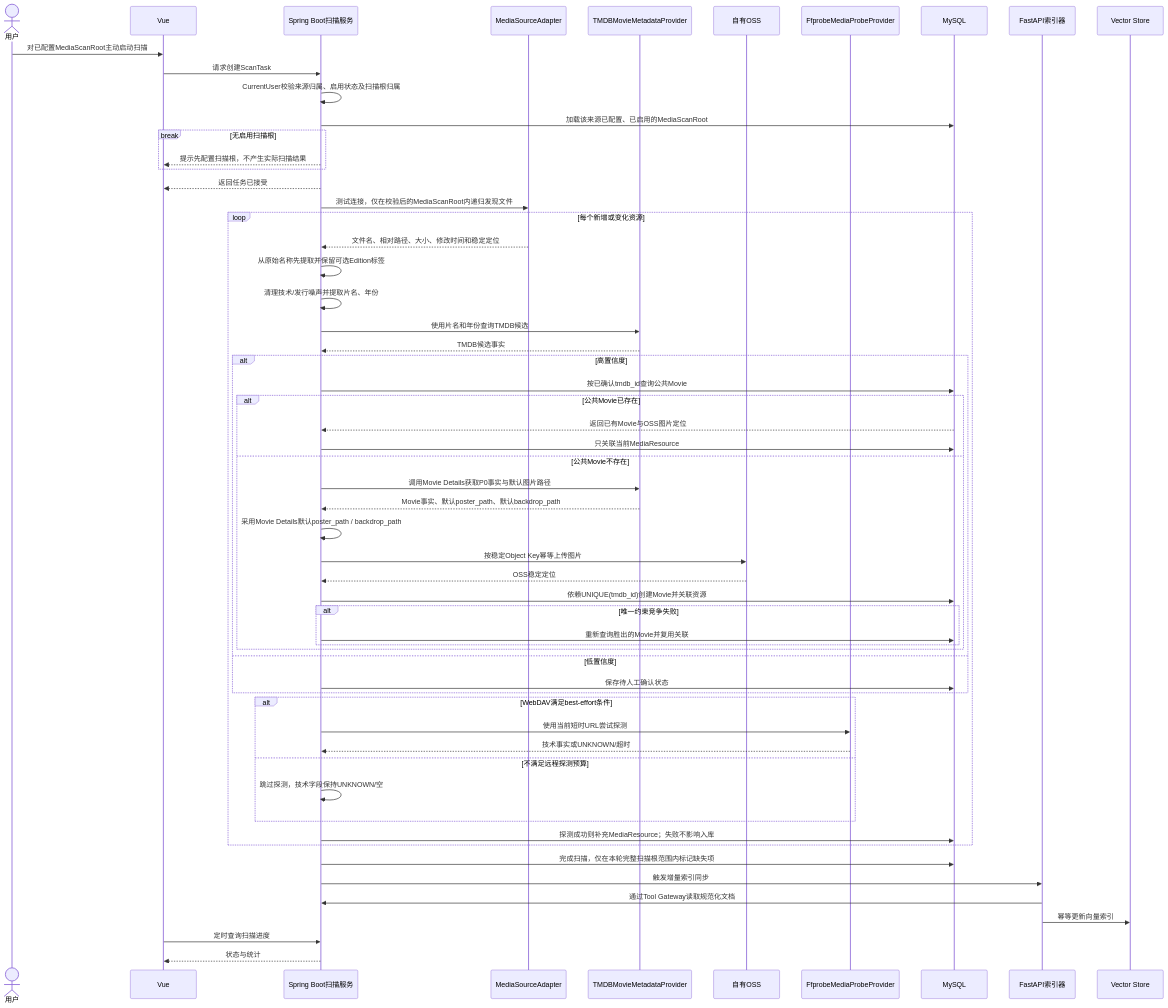
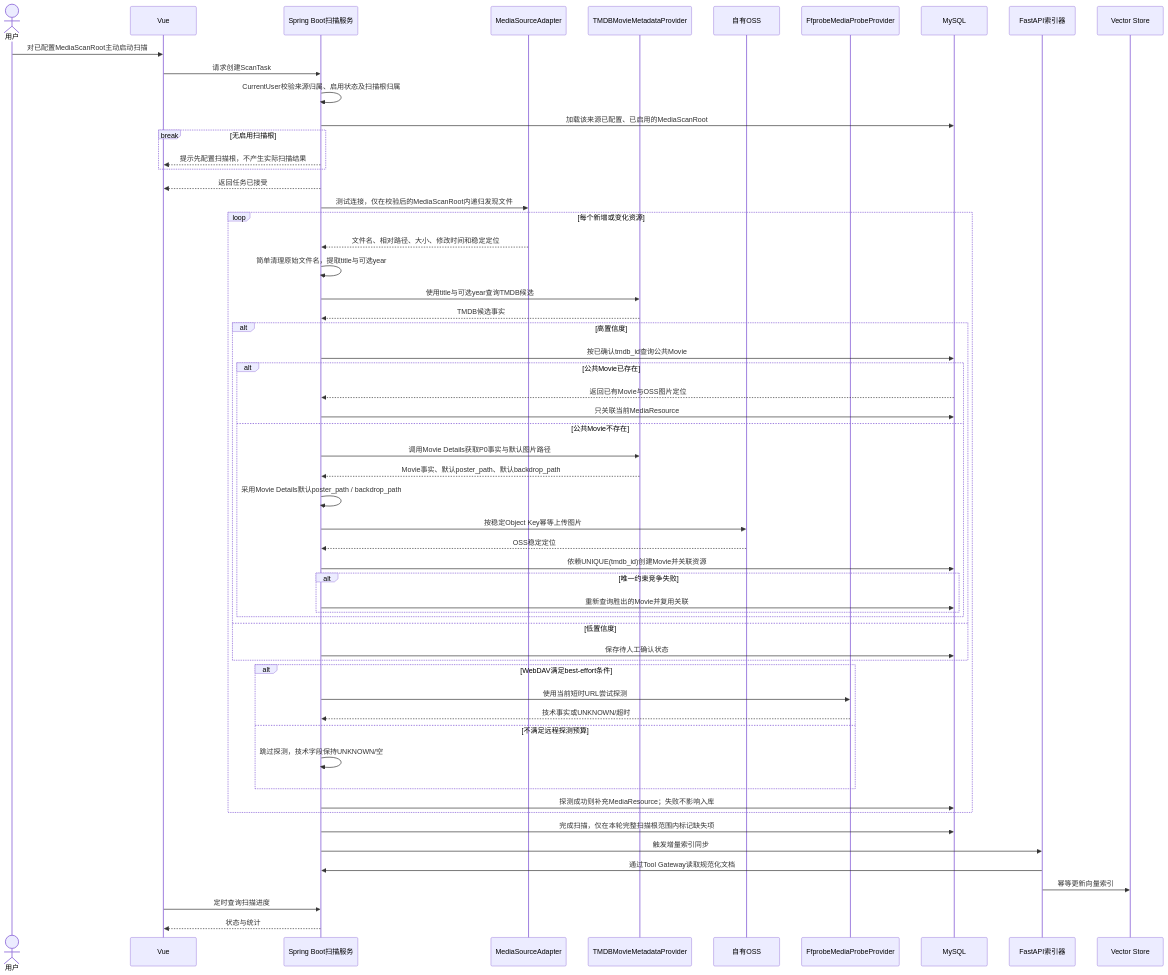
Before and after one commit to yuanchaoy03-dot/AI-Media-Center: diagram 27 of 30 in docs/02-系统架构设计文档.md, drawn with Mermaid. The commit also changed other lines of this file and 8 other files, not shown here.

````diff
--- a/docs/02-系统架构设计文档.md
+++ b/docs/02-系统架构设计文档.md
@@ -1999,62 +2012,61 @@
 ```mermaid
 sequenceDiagram
     actor U as 用户
     participant V as Vue
     participant S as Spring Boot扫描服务
     participant A as MediaSourceAdapter
     participant T as TMDBMovieMetadataProvider
     participant O as 自有OSS
     participant P as FfprobeMediaProbeProvider
     participant DB as MySQL
     participant F as FastAPI索引器
     participant X as Vector Store
 
     U->>V: 对已配置MediaScanRoot主动启动扫描
     V->>S: 请求创建ScanTask
     S->>S: CurrentUser校验来源归属、启用状态及扫描根归属
     S->>DB: 加载该来源已配置、已启用的MediaScanRoot
     break 无启用扫描根
         S-->>V: 提示先配置扫描根，不产生实际扫描结果
     end
     S-->>V: 返回任务已接受
     S->>A: 测试连接，仅在校验后的MediaScanRoot内递归发现文件
     loop 每个新增或变化资源
         A-->>S: 文件名、相对路径、大小、修改时间和稳定定位
-        S->>S: 从原始名称先提取并保留可选Edition标签
-        S->>S: 清理技术/发行噪声并提取片名、年份
-        S->>T: 使用片名和年份查询TMDB候选
+        S->>S: 简单清理原始文件名，提取title与可选year
+        S->>T: 使用title与可选year查询TMDB候选
         T-->>S: TMDB候选事实
         alt 高置信度
             S->>DB: 按已确认tmdb_id查询公共Movie
             alt 公共Movie已存在
                 DB-->>S: 返回已有Movie与OSS图片定位
                 S->>DB: 只关联当前MediaResource
             else 公共Movie不存在
                 S->>T: 调用Movie Details获取P0事实与默认图片路径
                 T-->>S: Movie事实、默认poster_path、默认backdrop_path
                 S->>S: 采用Movie Details默认poster_path / backdrop_path
                 S->>O: 按稳定Object Key幂等上传图片
                 O-->>S: OSS稳定定位
                 S->>DB: 依赖UNIQUE(tmdb_id)创建Movie并关联资源
                 alt 唯一约束竞争失败
                     S->>DB: 重新查询胜出的Movie并复用关联
                 end
             end
         else 低置信度
             S->>DB: 保存待人工确认状态
         end
         alt WebDAV满足best-effort条件
             S->>P: 使用当前短时URL尝试探测
             P-->>S: 技术事实或UNKNOWN/超时
         else 不满足远程探测预算
             S->>S: 跳过探测，技术字段保持UNKNOWN/空
         end
         S->>DB: 探测成功则补充MediaResource；失败不影响入库
     end
     S->>DB: 完成扫描，仅在本轮完整扫描根范围内标记缺失项
     S->>F: 触发增量索引同步
     F->>S: 通过Tool Gateway读取规范化文档
     F->>X: 幂等更新向量索引
     V->>S: 定时查询扫描进度
     S-->>V: 状态与统计
 ```
````
